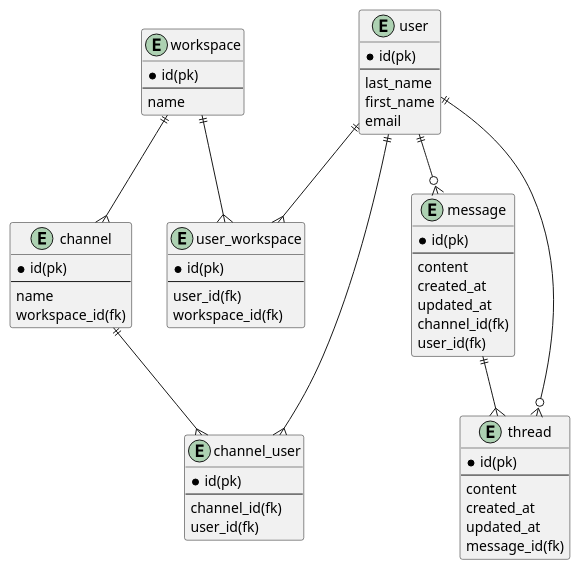
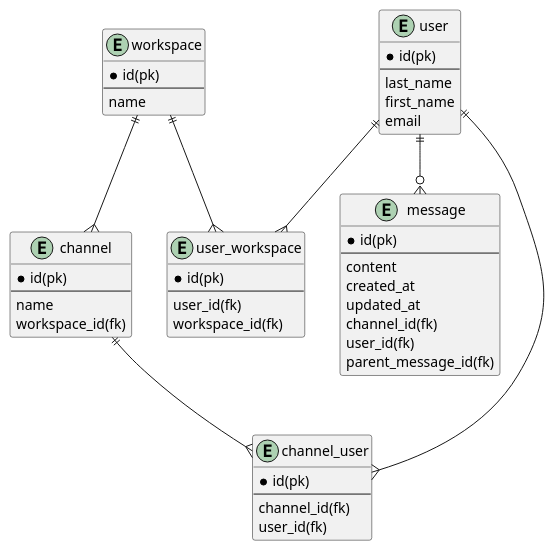
Before and after one commit to nozomi-iida/PrAha_Challenge: the diagram in 11_26_db_modeling_2/er/slack.wsd, drawn with PlantUML. The commit also changed 3 other files, not shown here.

```diff
--- a/11_26_db_modeling_2/er/slack.wsd
+++ b/11_26_db_modeling_2/er/slack.wsd
@@ -1,67 +1,57 @@
 @startuml slack
 
 
 entity workspace {
     * id(pk)
     --
     name
 }
 
 entity message {
     * id(pk)
     --
     content
     created_at
     updated_at
     channel_id(fk)
     user_id(fk)
+    parent_message_id(fk)
 }
 
 entity user_workspace {
     * id(pk)
     --
     user_id(fk)
     workspace_id(fk)
 }
 
 entity channel_user {
     * id(pk)
     --
     channel_id(fk)
     user_id(fk)
 }
 
 entity user {
     * id(pk)
     --
     last_name
     first_name
     email
 }
 
-entity thread {
-    * id(pk)
-    --
-    content
-    created_at
-    updated_at
-    message_id(fk)
-}
-
 entity channel {
     * id(pk)
     --
     name
     workspace_id(fk)
 }
 
 user ||--{ user_workspace
 workspace ||--{ user_workspace
 user ||--{ channel_user
 channel ||--{ channel_user
 user ||--o{ message
-user ||--o{ thread
-message ||--{ thread
 workspace ||--{ channel
 
 @enduml
```
